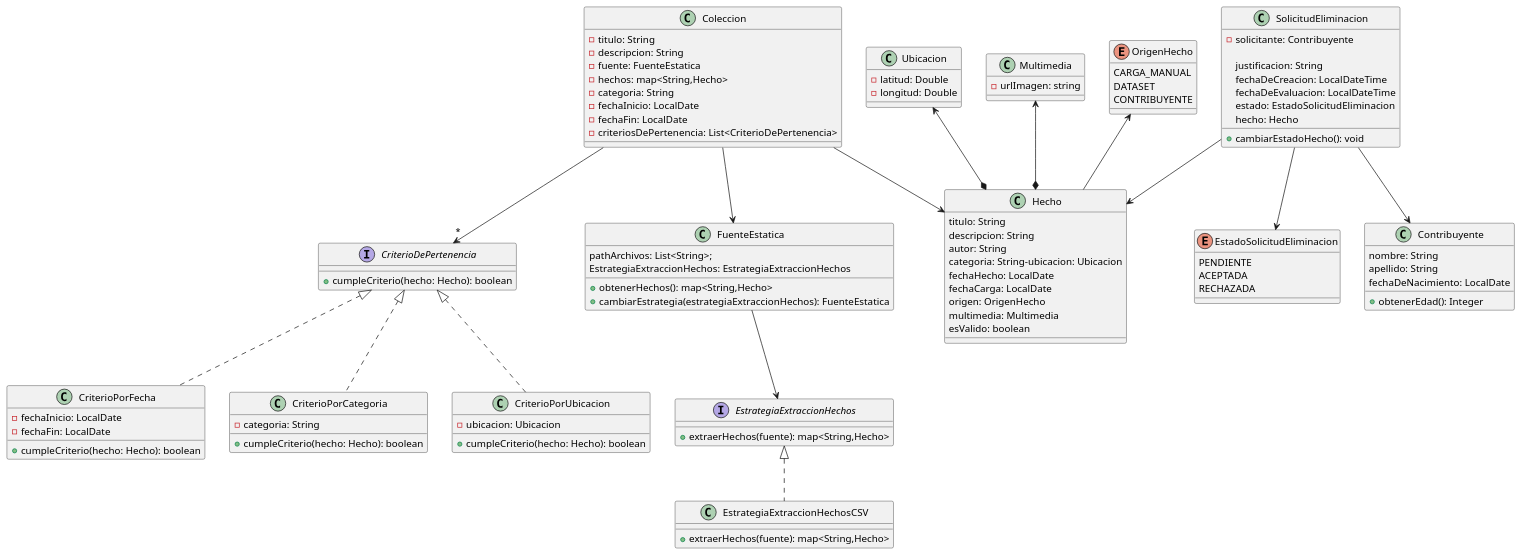
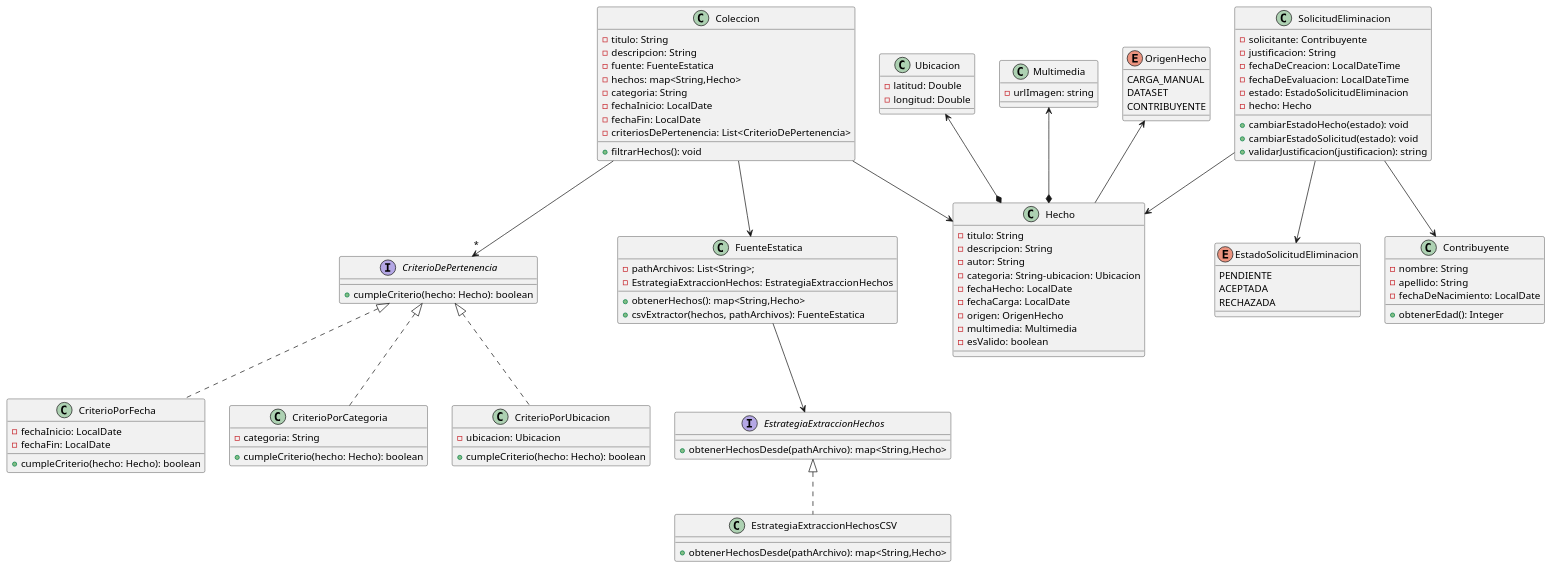
One commit to OslothLAS/ProyectoDeploy changed the diagram in src/main/DiagramaDeClases.puml. Above: the diagram before and after it, drawn with PlantUML. The commit also changed 5 other files, not shown here.

Commit message:
diagrama de clases actualizado

```diff
--- a/src/main/DiagramaDeClases.puml
+++ b/src/main/DiagramaDeClases.puml
@@ -1,133 +1,129 @@
 @startuml
 class Coleccion {
-
--titulo: String
--descripcion: String
--fuente: FuenteEstatica
--hechos: map<String,Hecho>
--categoria: String
--fechaInicio: LocalDate
--fechaFin: LocalDate
--criteriosDePertenencia: List<CriterioDePertenencia>
-
+    -titulo: String
+    -descripcion: String
+    -fuente: FuenteEstatica
+    -hechos: map<String,Hecho>
+    -categoria: String
+    -fechaInicio: LocalDate
+    -fechaFin: LocalDate
+    -criteriosDePertenencia: List<CriterioDePertenencia>
+    +filtrarHechos(): void
 }
 
+
 interface CriterioDePertenencia {
-+ cumpleCriterio(hecho: Hecho): boolean
+    +cumpleCriterio(hecho: Hecho): boolean
 }
+
 
 class CriterioPorFecha implements CriterioDePertenencia {
     -fechaInicio: LocalDate
     -fechaFin: LocalDate
     +cumpleCriterio(hecho: Hecho): boolean
 }
 
+
 class CriterioPorCategoria implements CriterioDePertenencia {
     -categoria: String
     +cumpleCriterio(hecho: Hecho): boolean
 }
+
 
 class CriterioPorUbicacion implements CriterioDePertenencia {
     -ubicacion: Ubicacion
     +cumpleCriterio(hecho: Hecho): boolean
 }
 
 
-
-
  class Ubicacion {
    -latitud: Double
    -longitud: Double
  }
 
-  class SolicitudEliminacion{
+
+class SolicitudEliminacion{
     -solicitante: Contribuyente
+    -justificacion: String
+    -fechaDeCreacion: LocalDateTime
+    -fechaDeEvaluacion: LocalDateTime
+    -estado: EstadoSolicitudEliminacion
+    -hecho: Hecho
+    +cambiarEstadoHecho(estado): void
+    +cambiarEstadoSolicitud(estado): void
+    +validarJustificacion(justificacion): string
+}
 
-justificacion: String
-fechaDeCreacion: LocalDateTime
-fechaDeEvaluacion: LocalDateTime
-estado: EstadoSolicitudEliminacion
-hecho: Hecho
-+ cambiarEstadoHecho(): void
+
+enum EstadoSolicitudEliminacion {
+      PENDIENTE
+      ACEPTADA
+      RECHAZADA
+}
+
+
+class Hecho {
+     -titulo: String
+     -descripcion: String
+     -autor: String
+     -categoria: String-ubicacion: Ubicacion
+     -fechaHecho: LocalDate
+     -fechaCarga: LocalDate
+     -origen: OrigenHecho
+     -multimedia: Multimedia
+     -esValido: boolean
 }
 
 
 
-   enum EstadoSolicitudEliminacion {
-       PENDIENTE
-       ACEPTADA
-       RECHAZADA
-     }
-
- class Hecho {
-
-titulo: String
-descripcion: String
-autor: String
-categoria: String-ubicacion: Ubicacion
-fechaHecho: LocalDate
-fechaCarga: LocalDate
-origen: OrigenHecho
-multimedia: Multimedia
-esValido: boolean
+class Multimedia{
+    -urlImagen: string
+}
 
 
-    }
-
-  class Multimedia{
-    -urlImagen: string
-  }
-
-
-
-  enum OrigenHecho {
+enum OrigenHecho {
     CARGA_MANUAL
     DATASET
     CONTRIBUYENTE
-  }
+}
 
 
-  class FuenteEstatica{
-
-pathArchivos: List<String>;
-    EstrategiaExtraccionHechos: EstrategiaExtraccionHechos
+class FuenteEstatica{
+    -pathArchivos: List<String>;
+    -EstrategiaExtraccionHechos: EstrategiaExtraccionHechos
     +obtenerHechos(): map<String,Hecho>
-    +cambiarEstrategia(estrategiaExtraccionHechos): FuenteEstatica
+    +csvExtractor(hechos, pathArchivos): FuenteEstatica
 }
 
-  interface EstrategiaExtraccionHechos{
-    + extraerHechos(fuente): map<String,Hecho>
-  }
 
-    class EstrategiaExtraccionHechosCSV implements EstrategiaExtraccionHechos{
-        + extraerHechos(fuente): map<String,Hecho>
-    }
+interface EstrategiaExtraccionHechos{
+    +obtenerHechosDesde(pathArchivo): map<String,Hecho>
+}
 
+
+class EstrategiaExtraccionHechosCSV implements EstrategiaExtraccionHechos{
+    +obtenerHechosDesde(pathArchivo): map<String,Hecho>
+}
 
 
 class Contribuyente{
-
-nombre: String
-apellido: String
-fechaDeNacimiento: LocalDate
-
-+obtenerEdad(): Integer
+   -nombre: String
+   -apellido: String
+   -fechaDeNacimiento: LocalDate
+   +obtenerEdad(): Integer
 }
-
-
-
 
 
 
   Coleccion --> FuenteEstatica
   Coleccion --> Hecho
   OrigenHecho <-- Hecho
   Ubicacion <--* Hecho
   SolicitudEliminacion --> Hecho
   SolicitudEliminacion --> Contribuyente
    FuenteEstatica --> EstrategiaExtraccionHechos
   SolicitudEliminacion --> EstadoSolicitudEliminacion
   Coleccion -->"*" CriterioDePertenencia
 
   Multimedia <--* Hecho
 @enduml
```
